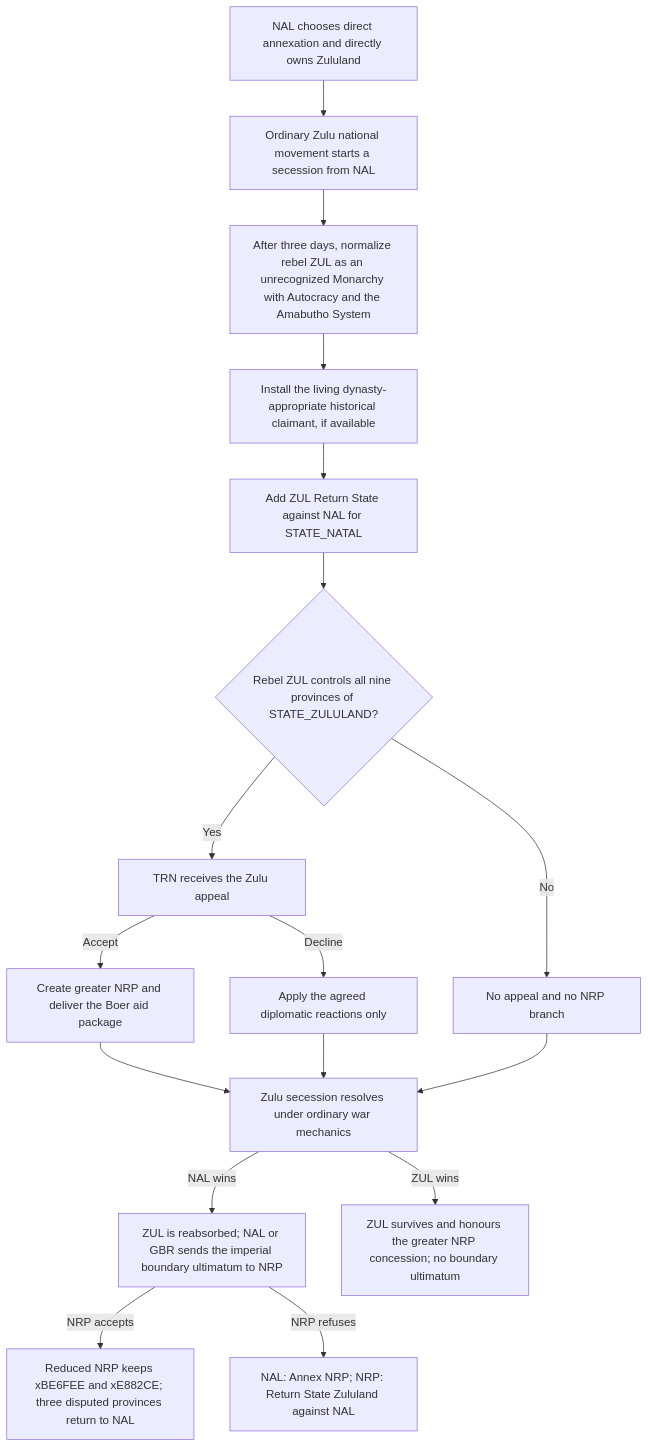
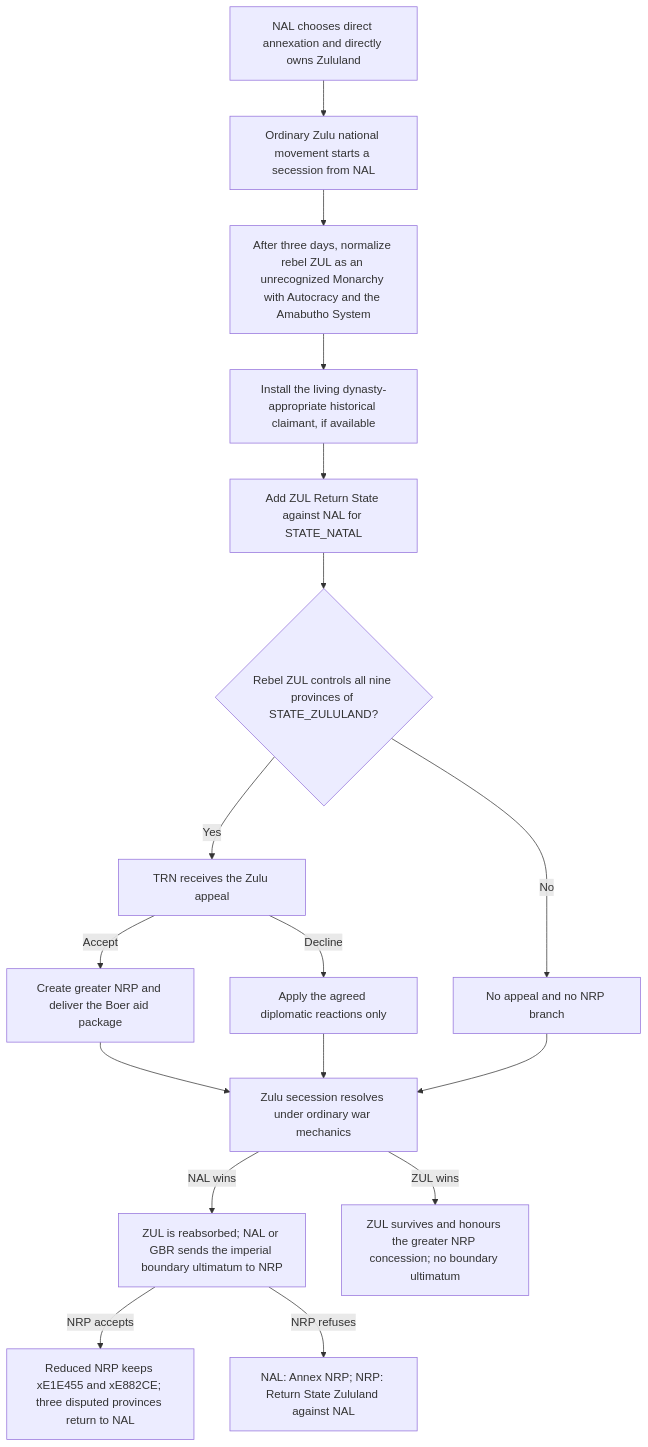
The fourth of 4 diagrams in Docs/natal_zululand_postwar_settlement_design.md (kaapse-tollie/spes-bona), drawn with Mermaid before and after one commit. The commit also changed other lines of this file and 161 other files, not shown here.

````diff
--- a/Docs/natal_zululand_postwar_settlement_design.md
+++ b/Docs/natal_zululand_postwar_settlement_design.md
@@ -1103,19 +1113,19 @@
 ```mermaid
 flowchart TD
     A["NAL chooses direct annexation and directly owns Zululand"] --> B["Ordinary Zulu national movement starts a secession from NAL"]
     B --> C["After three days, normalize rebel ZUL as an unrecognized Monarchy with Autocracy and the Amabutho System"]
     C --> D["Install the living dynasty-appropriate historical claimant, if available"]
     D --> E["Add ZUL Return State against NAL for STATE_NATAL"]
     E --> F{"Rebel ZUL controls all nine provinces of STATE_ZULULAND?"}
     F -->|"Yes"| G["TRN receives the Zulu appeal"]
     F -->|"No"| H["No appeal and no NRP branch"]
     G -->|"Accept"| N["Create greater NRP and deliver the Boer aid package"]
     G -->|"Decline"| O["Apply the agreed diplomatic reactions only"]
     N --> I["Zulu secession resolves under ordinary war mechanics"]
     O --> I
     H --> I
     I -->|"NAL wins"| J["ZUL is reabsorbed; NAL or GBR sends the imperial boundary ultimatum to NRP"]
     I -->|"ZUL wins"| K["ZUL survives and honours the greater NRP concession; no boundary ultimatum"]
-    J -->|"NRP accepts"| L["Reduced NRP keeps xBE6FEE and xE882CE; three disputed provinces return to NAL"]
+    J -->|"NRP accepts"| L["Reduced NRP keeps xE1E455 and xE882CE; three disputed provinces return to NAL"]
     J -->|"NRP refuses"| M["NAL: Annex NRP; NRP: Return State Zululand against NAL"]
 ```
````
